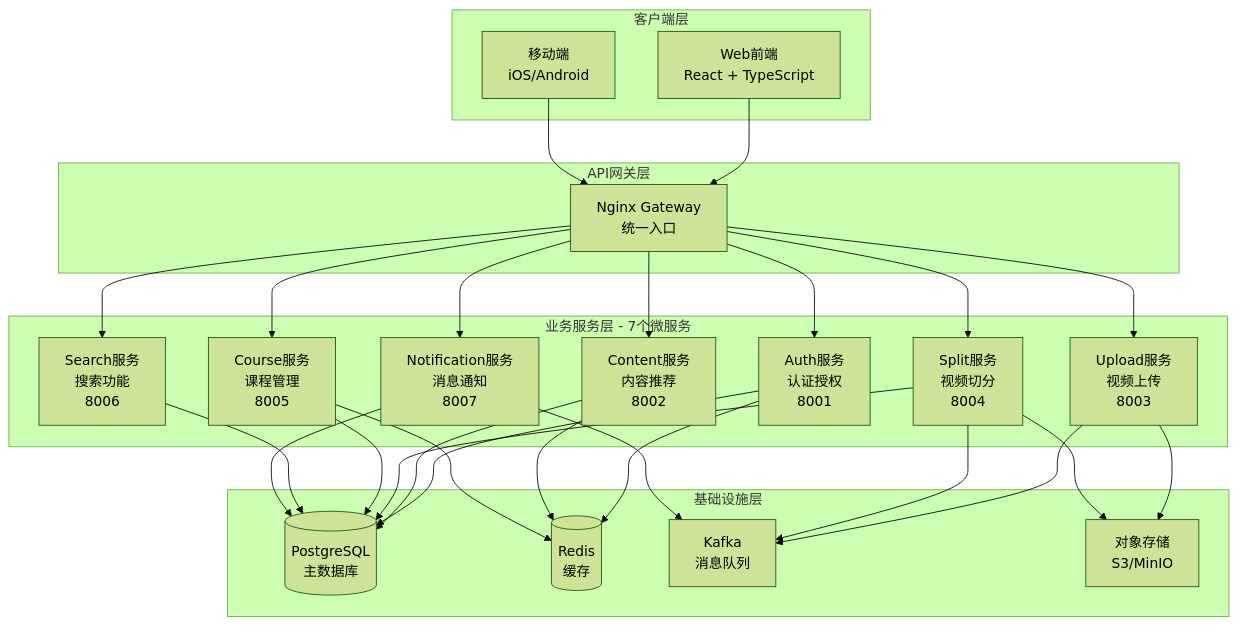
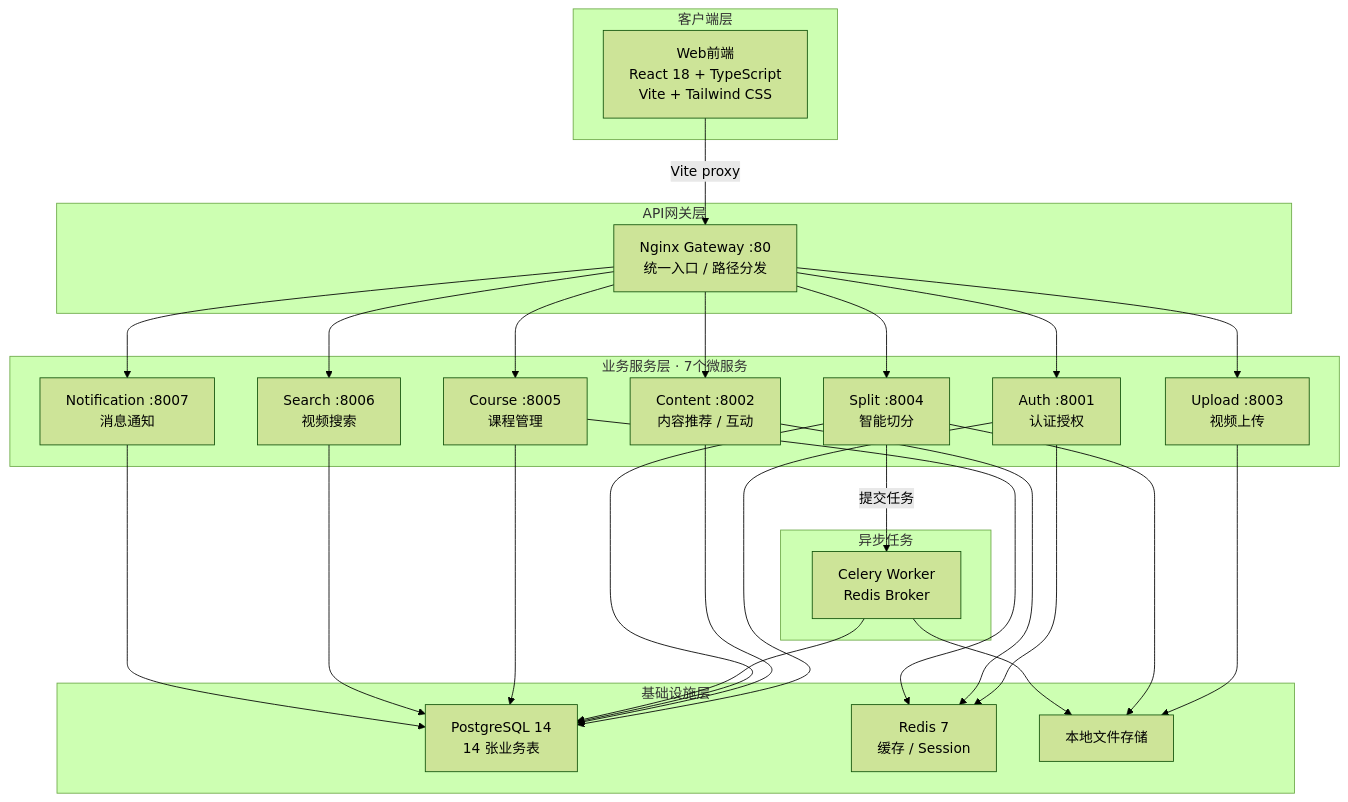
One commit to kuKie0427/short-video-learning-platform changed the diagram in backend/docs/项目展示讲解内容.md. Above: the diagram before and after it, drawn with Mermaid (forest theme). The commit also changed other lines of this file and 1 other file, not shown here.

````diff
--- a/backend/docs/项目展示讲解内容.md
+++ b/backend/docs/项目展示讲解内容.md
@@ -119,39 +35,43 @@
 ```mermaid
 graph TB
     subgraph Client["客户端层"]
-        Web[Web前端<br/>React + TypeScript]
-        Mobile[移动端<br/>iOS/Android]
+        Web["Web前端<br/>React 18 + TypeScript<br/>Vite + Tailwind CSS"]
     end
-    
+
     subgraph Gateway["API网关层"]
-        Nginx[Nginx Gateway<br/>统一入口]
+        Nginx["Nginx Gateway :80<br/>统一入口 / 路径分发"]
     end
-    
-    subgraph Services["业务服务层 - 7个微服务"]
-        Auth[Auth服务<br/>认证授权<br/>8001]
-        Content[Content服务<br/>内容推荐<br/>8002]
-        Upload[Upload服务<br/>视频上传<br/>8003]
-        Split[Split服务<br/>视频切分<br/>8004]
-        Course[Course服务<br/>课程管理<br/>8005]
-        Search[Search服务<br/>搜索功能<br/>8006]
-        Notification[Notification服务<br/>消息通知<br/>8007]
+
+    subgraph Services["业务服务层 · 7个微服务"]
+        Auth["Auth :8001<br/>认证授权"]
+        Content["Content :8002<br/>内容推荐 / 互动"]
+        Upload["Upload :8003<br/>视频上传"]
+        Split["Split :8004<br/>智能切分"]
+        Course["Course :8005<br/>课程管理"]
+        Search["Search :8006<br/>视频搜索"]
+        Notification["Notification :8007<br/>消息通知"]
     end
-    
-    subgraph Infrastructure["基础设施层"]
-        DB[(PostgreSQL<br/>主数据库)]
-        Cache[(Redis<br/>缓存)]
-        MQ[Kafka<br/>消息队列]
-        Storage[对象存储<br/>S3/MinIO]
+
+    subgraph Async["异步任务"]
+        Celery["Celery Worker<br/>Redis Broker"]
     end
-    
-    Web & Mobile --> Nginx
+
+    subgraph Infra["基础设施层"]
+        PG["PostgreSQL 14<br/>14 张业务表"]
+        Redis["Redis 7<br/>缓存 / Session"]
+        Storage["本地文件存储"]
+    end
+
+    Web -->|Vite proxy| Nginx
     Nginx --> Auth & Content & Upload & Split & Course & Search & Notification
-    
-    Auth --> DB & Cache
-    Content --> DB & Cache
-    Upload --> Storage & MQ
-    Split --> DB & Storage & MQ
-    Course --> DB & Cache
-    Search --> DB
-    Notification --> DB & MQ
+
+    Auth --> PG & Redis
+    Content --> PG & Redis
+    Upload --> Storage
+    Split --> PG & Storage
+    Split -->|提交任务| Celery
+    Celery --> PG & Storage
+    Course --> PG & Redis
+    Search --> PG
+    Notification --> PG
 ```
````
